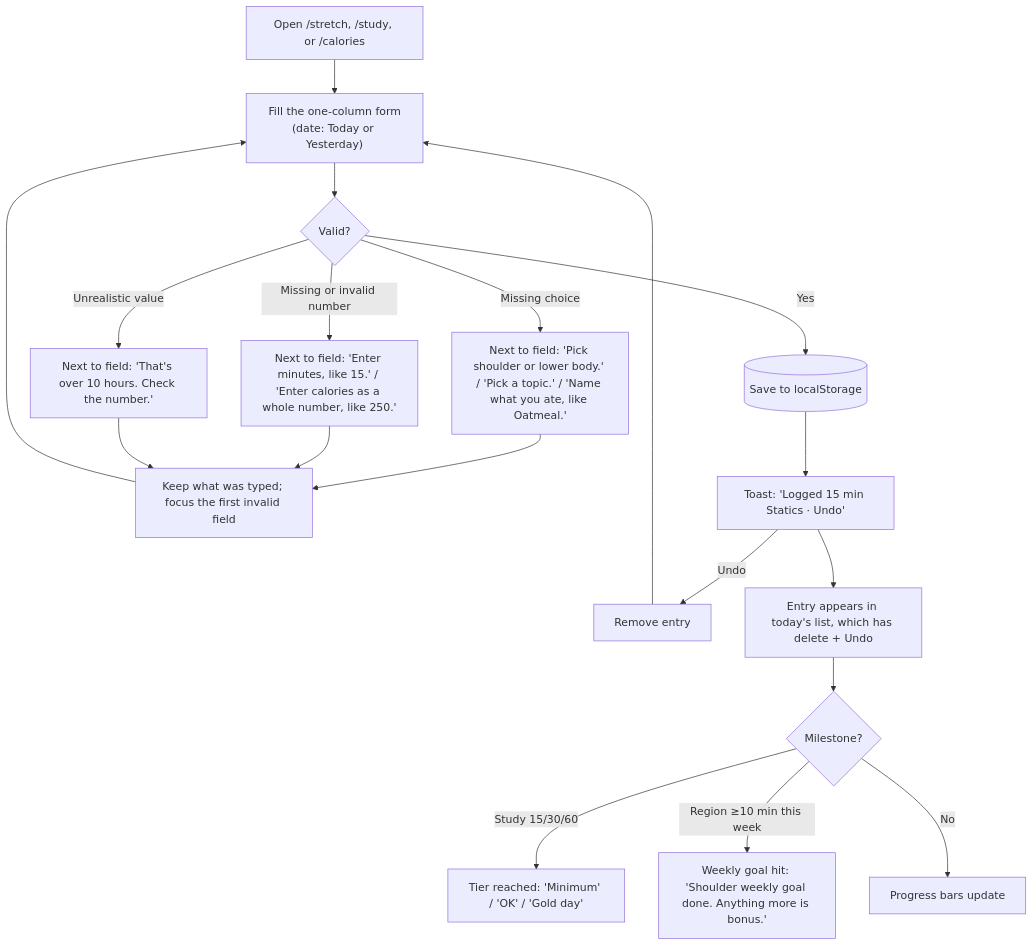
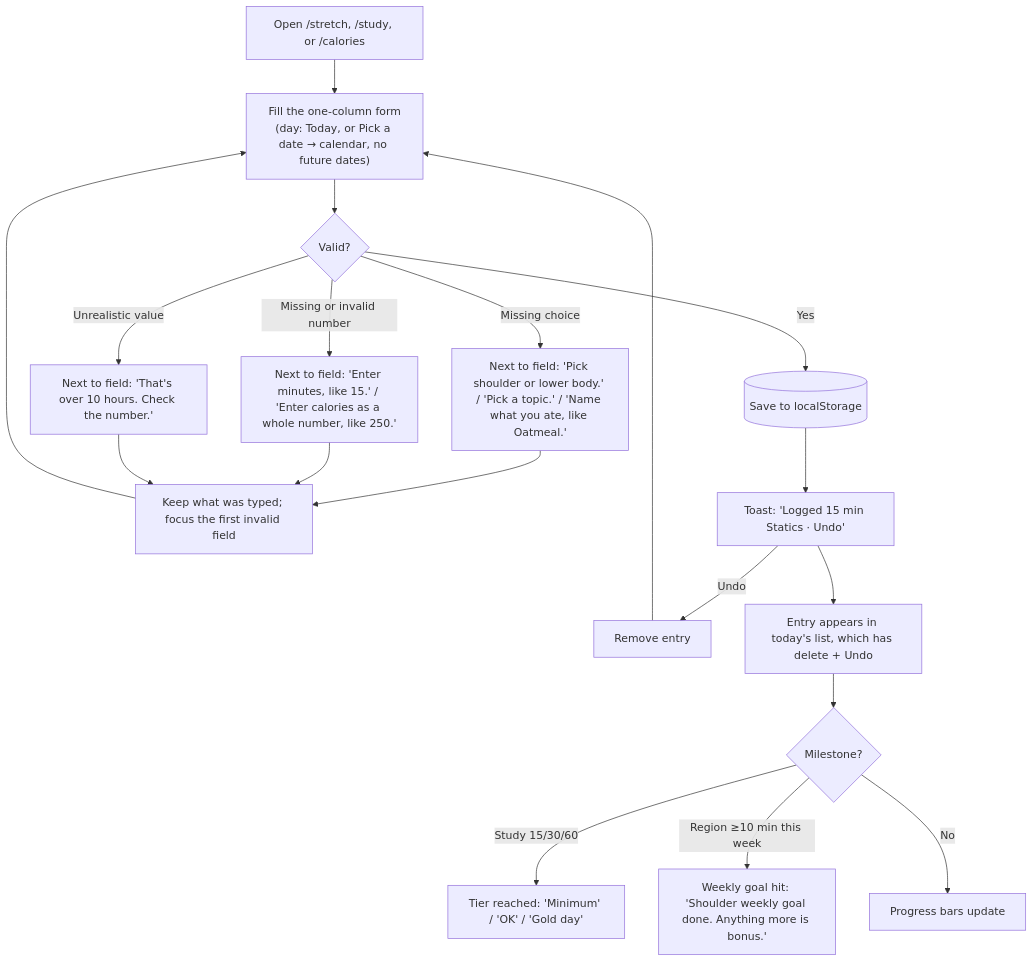
The third of 4 diagrams in flows.md (phamkd17/DBS-Assignment3), drawn with Mermaid before and after one commit. The commit also changed other lines of this file and 4 other files, not shown here.

Commit message:
Custom stretch: replace Yesterday with a Pick a date calendar (DayPicker)

````diff
--- a/flows.md
+++ b/flows.md
@@ -50,20 +50,20 @@
 ```mermaid
 flowchart TD
-  S[Open /stretch, /study, or /calories] --> F["Fill the one-column form<br/>(date: Today or Yesterday)"]
+  S[Open /stretch, /study, or /calories] --> F["Fill the one-column form<br/>(day: Today, or Pick a date → calendar, no future dates)"]
   F --> V{Valid?}
   V -- Missing choice --> E1["Next to field: 'Pick shoulder or lower body.' / 'Pick a topic.' / 'Name what you ate, like Oatmeal.'"]
   V -- Missing or invalid number --> E2["Next to field: 'Enter minutes, like 15.' / 'Enter calories as a whole number, like 250.'"]
   V -- Unrealistic value --> E3["Next to field: 'That's over 10 hours. Check the number.'"]
   E1 --> K[Keep what was typed; focus the first invalid field]
   E2 --> K
   E3 --> K
   K --> F
   V -- Yes --> SAVE[(Save to localStorage)]
   SAVE --> T["Toast: 'Logged 15 min Statics · Undo'"]
   T -- Undo --> UNDO[Remove entry] --> F
   T --> L[Entry appears in today's list, which has delete + Undo]
   L --> ST{Milestone?}
   ST -- Study 15/30/60 --> M1["Tier reached: 'Minimum' / 'OK' / 'Gold day'"]
   ST -- Region ≥10 min this week --> M2["Weekly goal hit: 'Shoulder weekly goal done. Anything more is bonus.'"]
   ST -- No --> P[Progress bars update]
 ```
````
